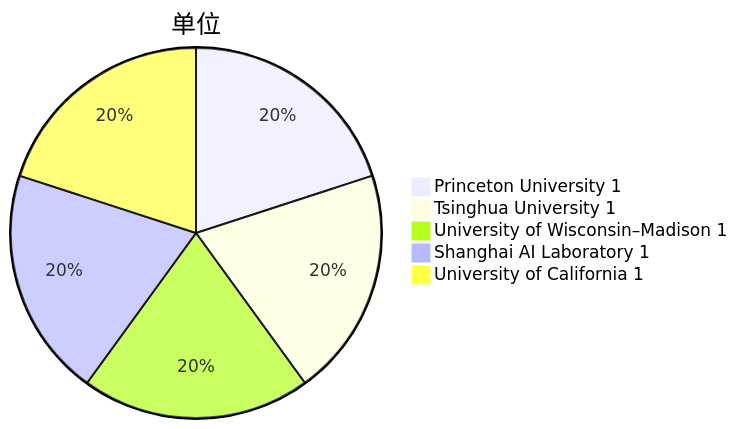
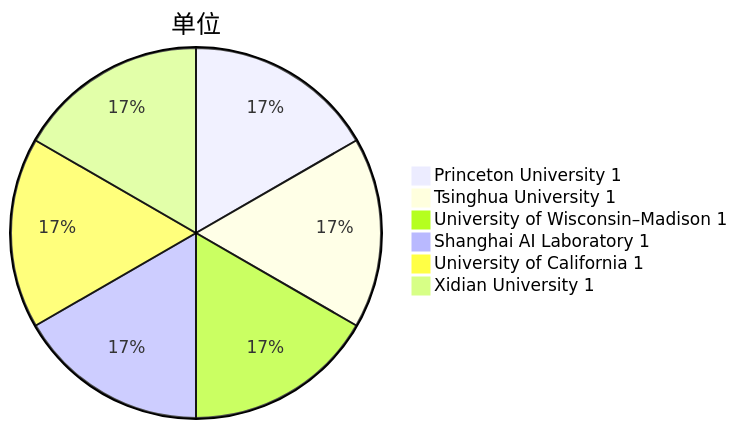
One commit to Elephant-King9/Paper changed the third of 5 diagrams in Attack/Jailbreak/VLVM/analyse.md. Above: the diagram before and after it, drawn with Mermaid. The commit also changed other lines of this file and 5 other files, not shown here.

````diff
--- a/Attack/Jailbreak/VLVM/analyse.md
+++ b/Attack/Jailbreak/VLVM/analyse.md
@@ -33,8 +36,9 @@
 ```mermaid
 pie title 单位
     "Princeton University 1" : 1
     "Tsinghua University 1" : 1
     "University of Wisconsin–Madison 1" : 1
     "Shanghai AI Laboratory 1" : 1
     "University of California 1" : 1
+    "Xidian University 1" : 1
 ```
````
